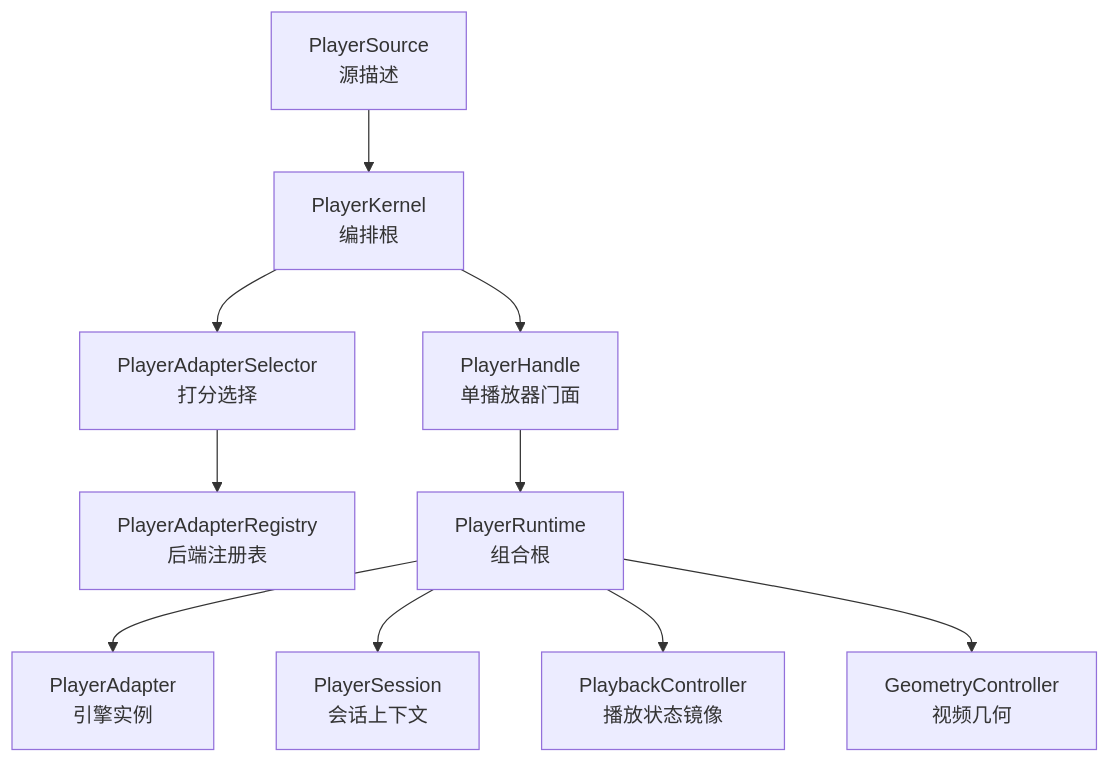
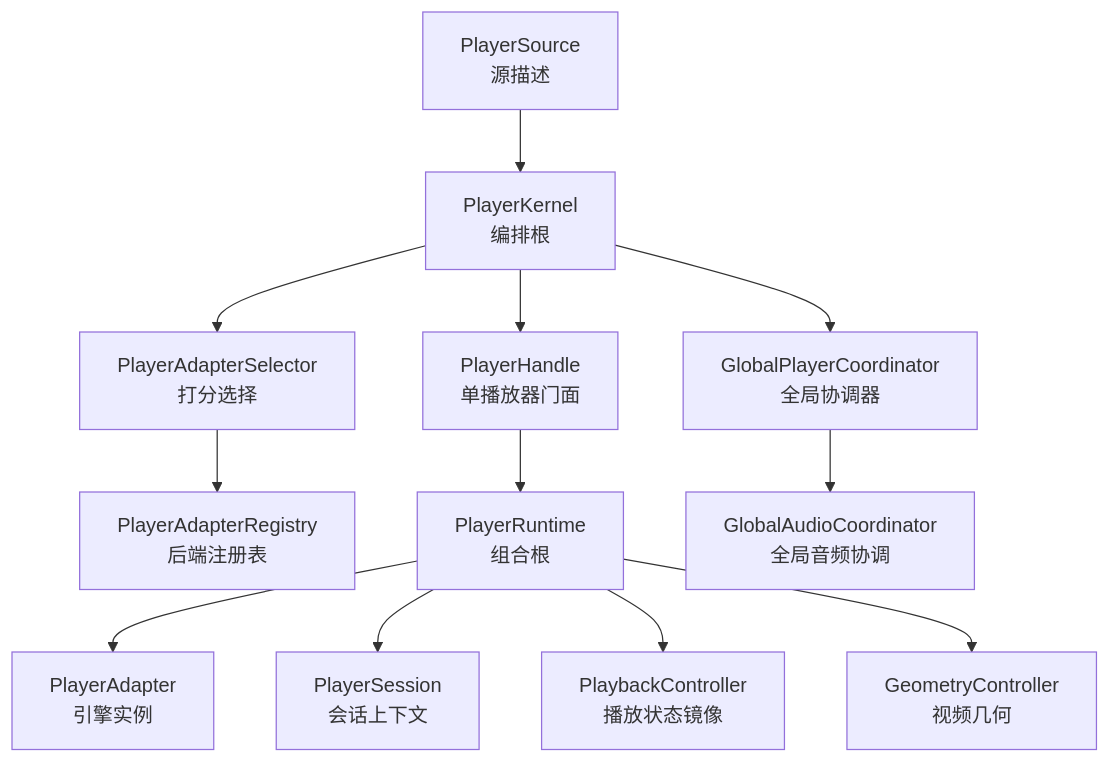
Before and after one commit to SSSherlocked/media_core: the second of 13 diagrams in .qoder/repowiki/zh/content/架构总览/架构总览.md, drawn with Mermaid. The commit also changed other lines of this file and 6 other files, not shown here.

````diff
--- a/.qoder/repowiki/zh/content/架构总览/架构总览.md
+++ b/.qoder/repowiki/zh/content/架构总览/架构总览.md
@@ -84,12 +90,14 @@
 ```mermaid
 graph TB
 Source["PlayerSource<br/>源描述"] --> Kernel["PlayerKernel<br/>编排根"]
 Kernel --> Selector["PlayerAdapterSelector<br/>打分选择"]
 Selector --> Registry["PlayerAdapterRegistry<br/>后端注册表"]
 Kernel --> Handle["PlayerHandle<br/>单播放器门面"]
 Handle --> Runtime["PlayerRuntime<br/>组合根"]
 Runtime --> Adapter["PlayerAdapter<br/>引擎实例"]
 Runtime --> Session["PlayerSession<br/>会话上下文"]
 Runtime --> Playback["PlaybackController<br/>播放状态镜像"]
 Runtime --> Geometry["GeometryController<br/>视频几何"]
+Kernel --> Coordinator["GlobalPlayerCoordinator<br/>全局协调器"]
+Coordinator --> AudioCoord["GlobalAudioCoordinator<br/>全局音频协调"]
 ```
````
